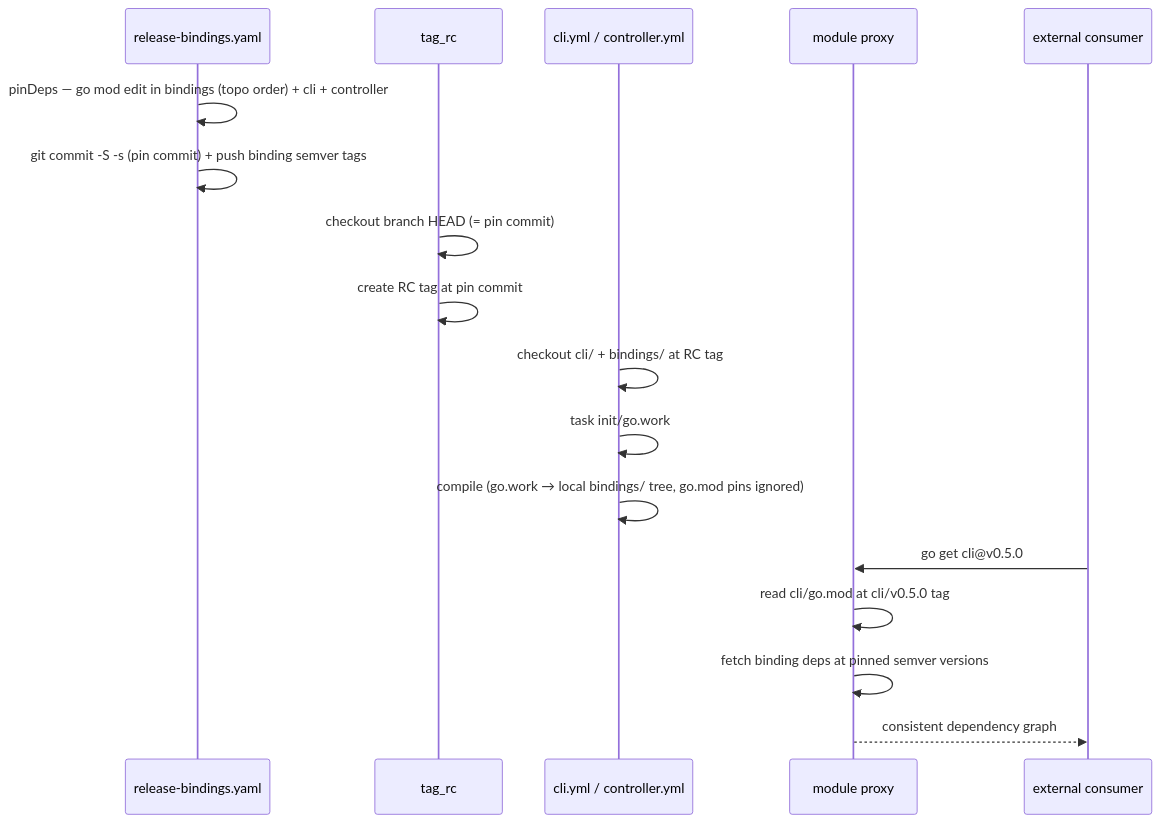
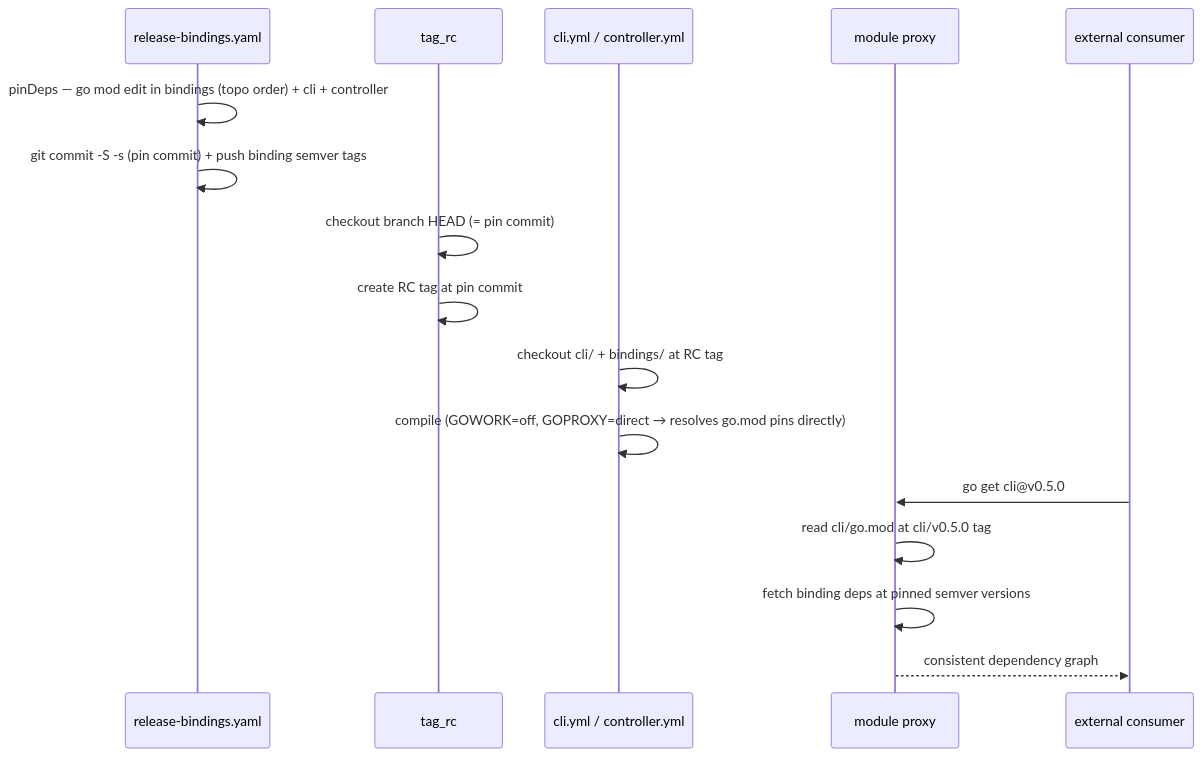
Before and after one commit to matthiasbruns/open-component-model: the diagram in docs/adr/0025_bindings_ci_and_release_strategy.md, drawn with Mermaid. The commit also changed other lines of this file and 4 other files, not shown here.

First line of the commit message:
chore: gowork off

````diff
--- a/docs/adr/0025_bindings_ci_and_release_strategy.md
+++ b/docs/adr/0025_bindings_ci_and_release_strategy.md
@@ -278,21 +279,20 @@
 ```mermaid
 sequenceDiagram
     participant RB as release-bindings.yaml
     participant RC as tag_rc
     participant Build as cli.yml / controller.yml
     participant Proxy as module proxy
     participant Ext as external consumer
 
     RB->>RB: pinDeps — go mod edit in bindings (topo order) + cli + controller
     RB->>RB: git commit -S -s (pin commit) + push binding semver tags
     RC->>RC: checkout branch HEAD (= pin commit)
     RC->>RC: create RC tag at pin commit
     Build->>Build: checkout cli/ + bindings/ at RC tag
-    Build->>Build: task init/go.work
-    Build->>Build: compile (go.work → local bindings/ tree, go.mod pins ignored)
+    Build->>Build: compile (GOWORK=off, GOPROXY=direct → resolves go.mod pins directly)
 
     Ext->>Proxy: go get cli@v0.5.0
     Proxy->>Proxy: read cli/go.mod at cli/v0.5.0 tag
     Proxy->>Proxy: fetch binding deps at pinned semver versions
     Proxy-->>Ext: consistent dependency graph
 ```
````
